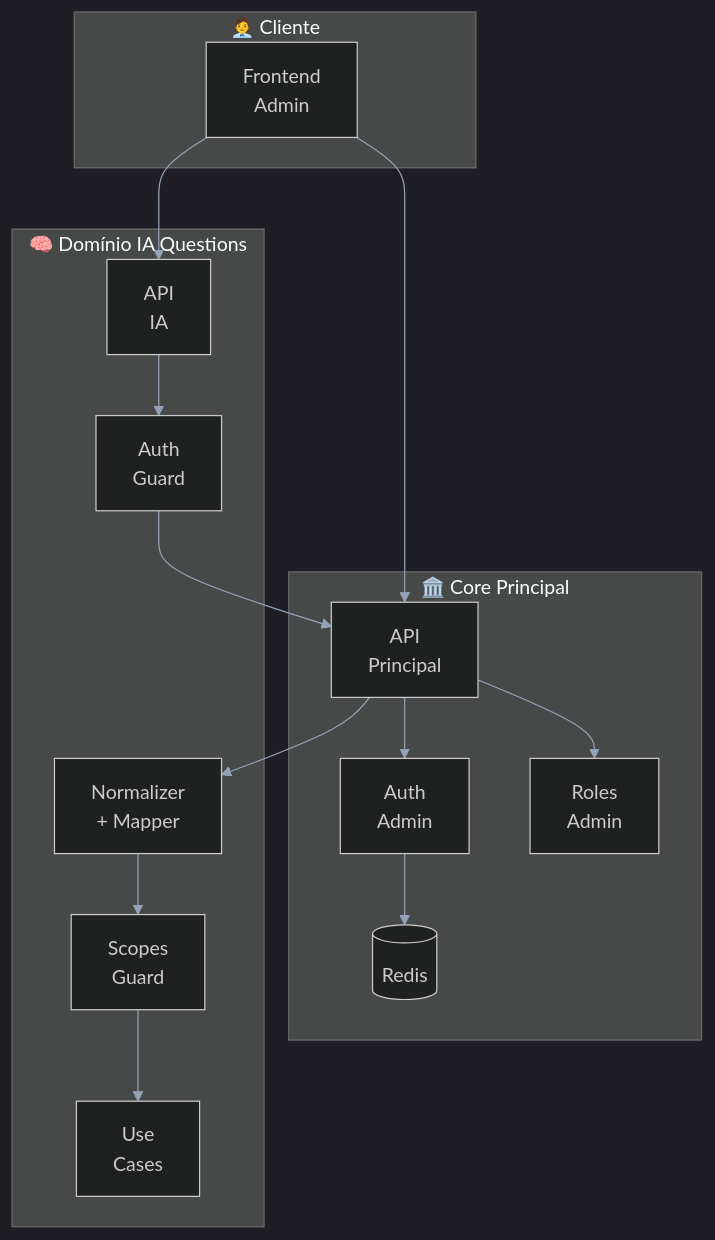
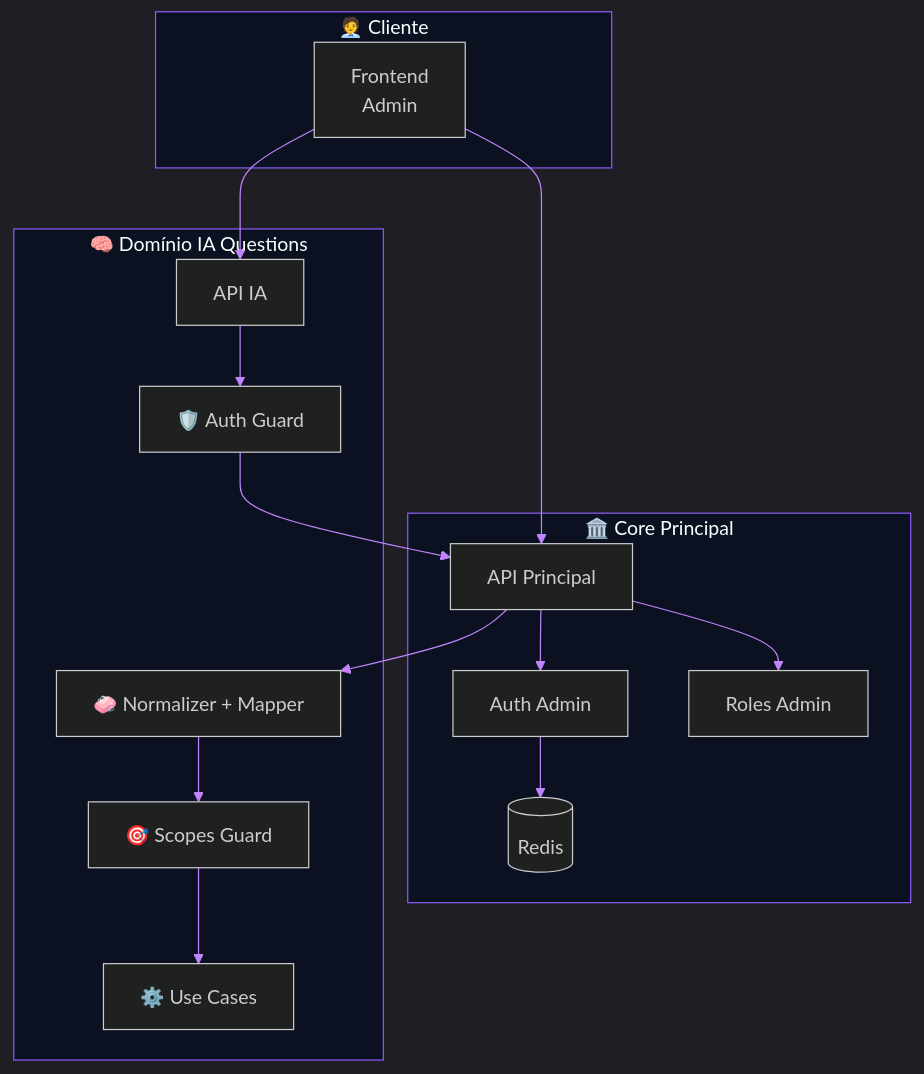
One commit to matheusdiamantino-betalent/IA changed the second of 9 diagrams in RFC-0001-Auth.md. Above: the diagram before and after it, drawn with Mermaid. The commit also changed other lines of this file, not shown here.

````diff
--- a/RFC-0001-Auth.md
+++ b/RFC-0001-Auth.md
@@ -309,41 +343,45 @@
 ```mermaid
 %%{init: {'theme':'dark','themeVariables': {
-  'primaryColor':'#111827',
-  'primaryTextColor':'#e5e7eb',
-  'primaryBorderColor':'#8b5cf6',
-  'lineColor':'#94a3b8',
-  'secondaryColor':'#0f172a',
-  'tertiaryColor':'#1f2937',
-  'fontFamily':'Inter, Segoe UI, Arial'
+  'background':'#020617',
+  'primaryColor':'#0f172a',
+  'primaryTextColor':'#e2e8f0',
+  'primaryBorderColor':'#a78bfa',
+  'lineColor':'#c084fc',
+  'secondaryColor':'#111827',
+  'tertiaryColor':'#1e293b',
+  'clusterBkg':'#0b1120',
+  'clusterBorder':'#8b5cf6',
+  'fontFamily':'Inter, Segoe UI, Arial',
+  'fontSize':'16px'
 }}}%%
 flowchart TB
     subgraph CLIENTE["🧑‍💼 Cliente"]
-        FE["Frontend\nAdmin"]
+        FE["Frontend<br/>Admin"]
     end
 
     subgraph CORE["🏛️ Core Principal"]
-        AP["API\nPrincipal"]
-        AUTH["Auth\nAdmin"]
-        ROLE["Roles\nAdmin"]
+        AP["API Principal"]
+        AUTH["Auth Admin"]
+        ROLE["Roles Admin"]
         REDIS[("Redis")]
     end
 
-    subgraph IA_DOMAIN["🧠 Domínio IA Questions"]
-        IAA["API\nIA"]
-        GUARD["Auth\nGuard"]
-        MAP["Normalizer\n+ Mapper"]
-        SCOPE["Scopes\nGuard"]
-        USECASE["Use\nCases"]
+    subgraph AI_DOMAIN["🧠 Domínio IA Questions"]
+        IAA["API IA"]
+        GUARD["🛡️ Auth Guard"]
+        MAP["🧼 Normalizer + Mapper"]
+        SCOPE["🎯 Scopes Guard"]
+        USECASE["⚙️ Use Cases"]
     end
 
     FE --> AP
     FE --> IAA
     AP --> AUTH
     AUTH --> REDIS
     AP --> ROLE
     IAA --> GUARD
     GUARD --> AP
     AP --> MAP
     MAP --> SCOPE
     SCOPE --> USECASE
 ```
````
